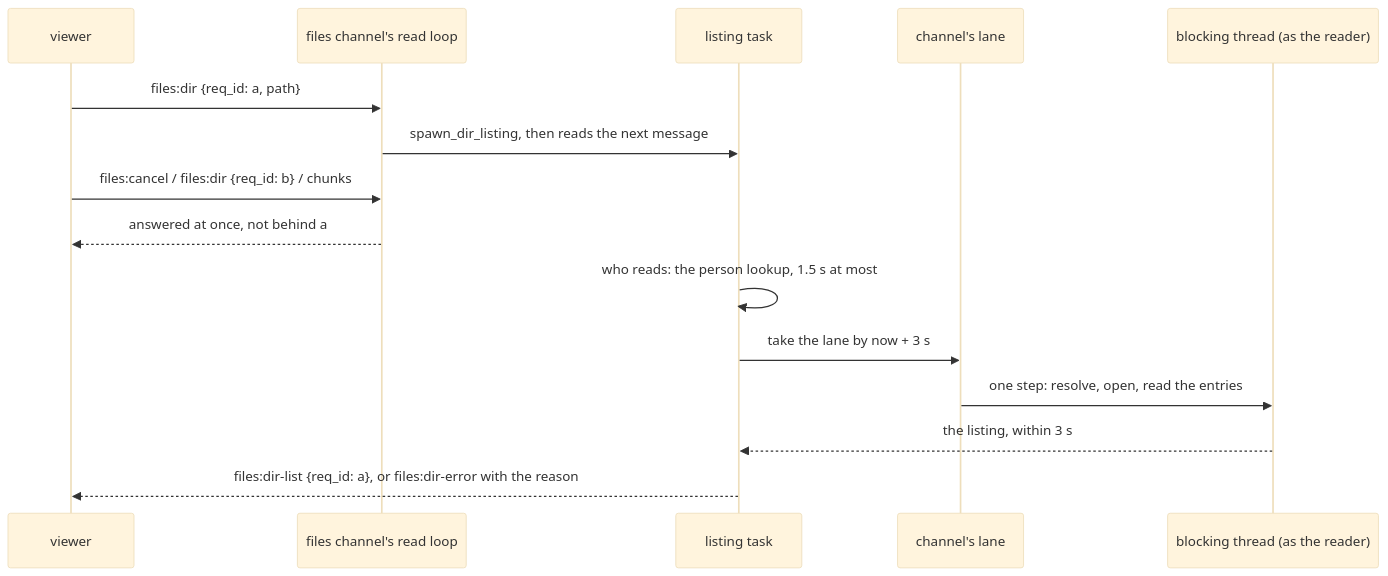
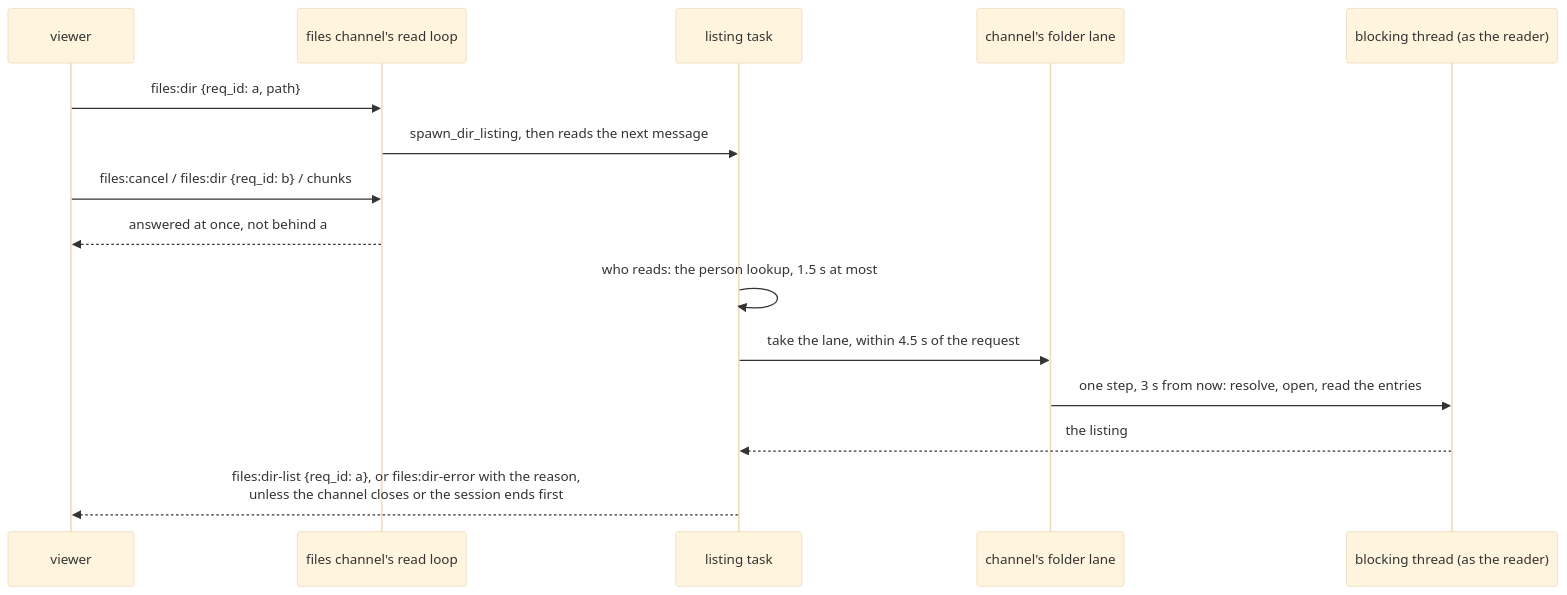
Before and after one commit to gjovanov/roomler-ai: diagram 11 of 43 in docs/desktop-companion.md, drawn with Mermaid (base theme). The commit also changed other lines of this file and 4 other files, not shown here.

First line of the commit message:
docs(files): a listing's bounds, its answer's race and the Drives view's lane; anchors moved

````diff
--- a/docs/desktop-companion.md
+++ b/docs/desktop-companion.md
@@ -920,17 +920,17 @@
 ```mermaid
 sequenceDiagram
     participant V as viewer
     participant L as files channel's read loop
     participant T as listing task
-    participant K as channel's lane
+    participant K as channel's folder lane
     participant B as blocking thread (as the reader)
     V->>L: files:dir {req_id: a, path}
     L->>T: spawn_dir_listing, then reads the next message
     V->>L: files:cancel / files:dir {req_id: b} / chunks
     L-->>V: answered at once, not behind a
     T->>T: who reads: the person lookup, 1.5 s at most
-    T->>K: take the lane by now + 3 s
-    K->>B: one step: resolve, open, read the entries
-    B-->>T: the listing, within 3 s
-    T-->>V: files:dir-list {req_id: a}, or files:dir-error with the reason
+    T->>K: take the lane, within 4.5 s of the request
+    K->>B: one step, 3 s from now: resolve, open, read the entries
+    B-->>T: the listing
+    T-->>V: files:dir-list {req_id: a}, or files:dir-error with the reason,<br/>unless the channel closes or the session ends first
 ```
````
